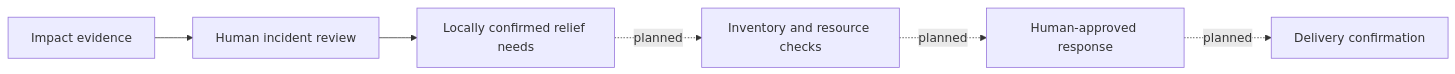
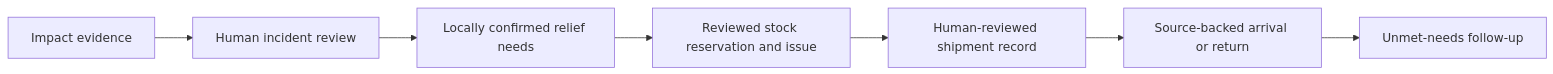
The diagram in README.md (Prathamji1505/sampati), drawn with Mermaid before and after one commit. The commit also changed other lines of this file and 65 other files, not shown here.

````diff
--- a/README.md
+++ b/README.md
@@ -65,8 +67,9 @@
 ```mermaid
 flowchart LR
     A[Impact evidence] --> B[Human incident review]
     B --> C[Locally confirmed relief needs]
-    C -. planned .-> D[Inventory and resource checks]
-    D -. planned .-> E[Human-approved response]
-    E -. planned .-> F[Delivery confirmation]
+    C --> D[Reviewed stock reservation and issue]
+    D --> E[Human-reviewed shipment record]
+    E --> F[Source-backed arrival or return]
+    F --> G[Unmet-needs follow-up]
 ```
````
